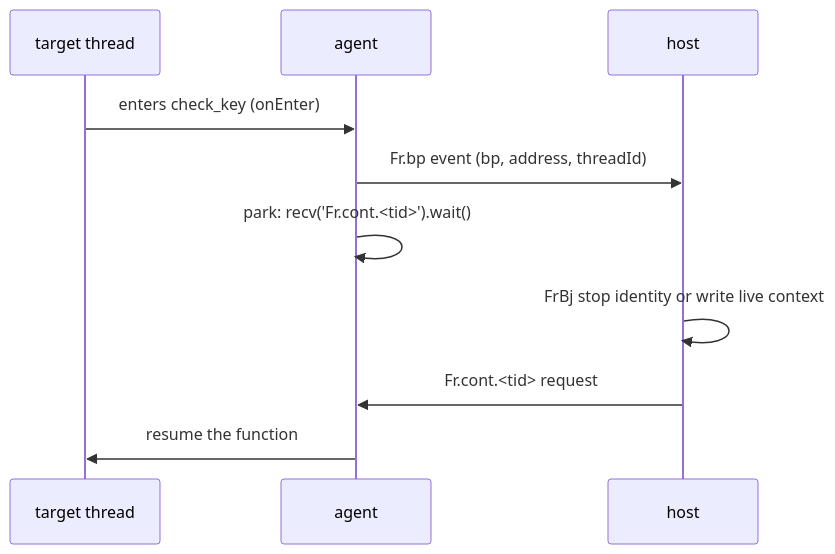
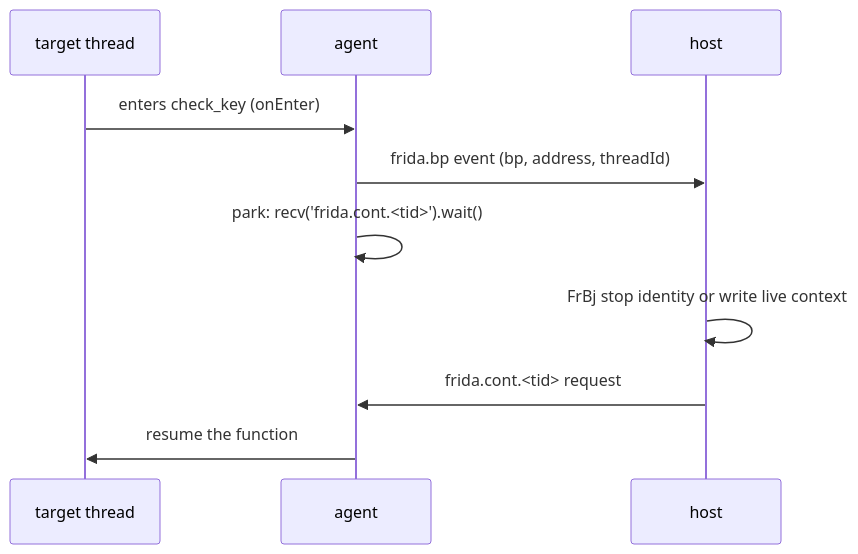
One commit to rizinorg/rz-frida changed the diagram in docs/native_journey/breaking_on_check.qmd. Above: the diagram before and after it, drawn with Mermaid. The commit also changed other lines of this file and 29 other files, not shown here.

````diff
--- a/docs/native_journey/breaking_on_check.qmd
+++ b/docs/native_journey/breaking_on_check.qmd
@@ -70,12 +70,12 @@
 ```{mermaid}
 sequenceDiagram
     participant T as target thread
     participant A as agent
     participant H as host
     T->>A: enters check_key (onEnter)
-    A->>H: Fr.bp event (bp, address, threadId)
-    A->>A: park: recv('Fr.cont.<tid>').wait()
+    A->>H: frida.bp event (bp, address, threadId)
+    A->>A: park: recv('frida.cont.<tid>').wait()
     H->>H: FrBj stop identity or write live context
-    H->>A: Fr.cont.<tid> request
+    H->>A: frida.cont.<tid> request
     A->>T: resume the function
 ```
````
